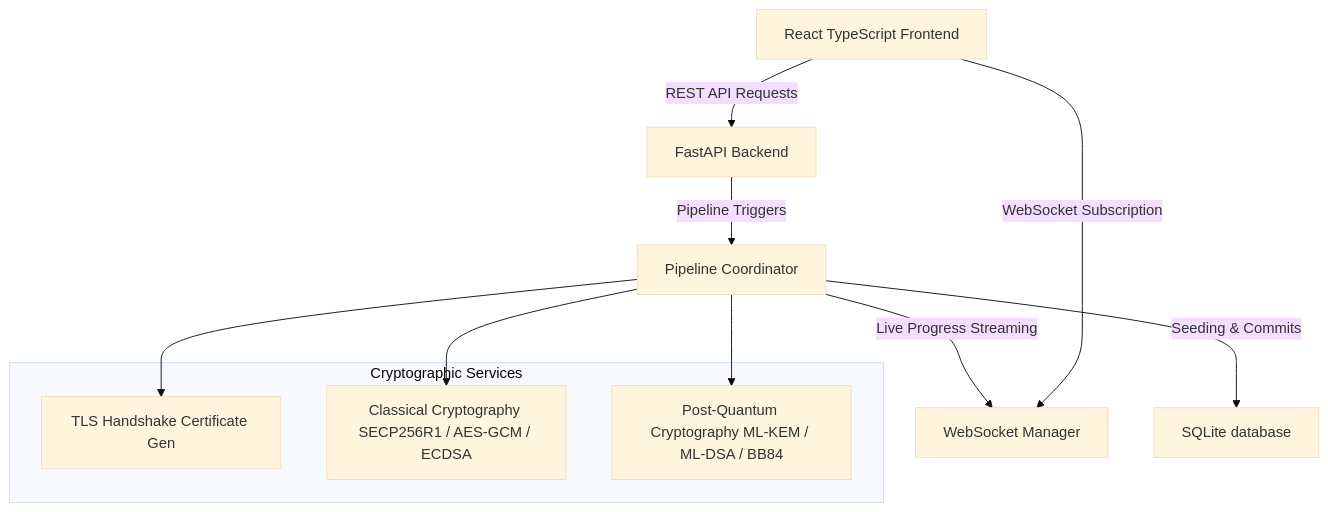
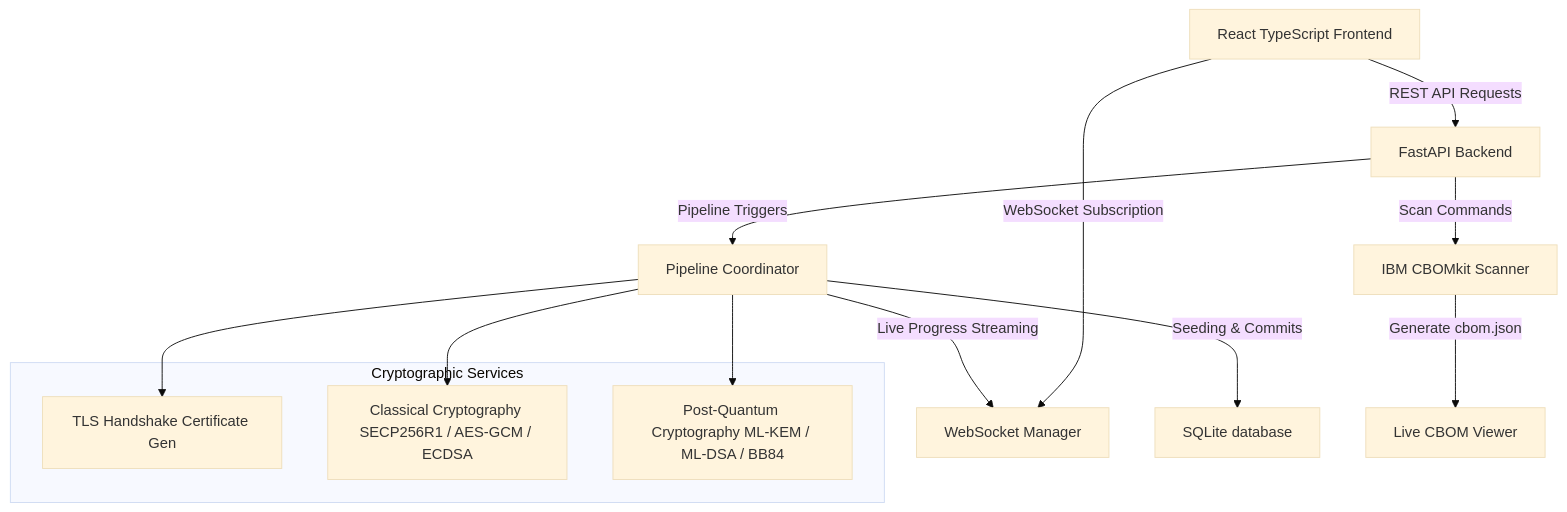
The diagram in README.md (Ananya625/QuantumSheild), drawn with Mermaid (base theme) before and after one commit. The commit also changed other lines of this file, not shown here.

Commit message:
Update README.md with live CBOM scanning, exclusions, and simulator details

````diff
--- a/README.md
+++ b/README.md
@@ -13,18 +13,20 @@
 ```mermaid
 graph TD
     A[React TypeScript Frontend] -->|REST API Requests| B[FastAPI Backend]
     A -->|WebSocket Subscription| C[WebSocket Manager]
     B -->|Pipeline Triggers| D[Pipeline Coordinator]
+    B -->|Scan Commands| H[IBM CBOMkit Scanner]
     D -->|Seeding & Commits| E[SQLite database]
     D -->|Live Progress Streaming| C
+    H -->|Generate cbom.json| F[Live CBOM Viewer]
     
     subgraph Cryptographic Services
-        F[TLS Handshake Certificate Gen]
-        G[Classical Cryptography SECP256R1 / AES-GCM / ECDSA]
-        H[Post-Quantum Cryptography ML-KEM / ML-DSA / BB84]
+        I[TLS Handshake Certificate Gen]
+        J[Classical Cryptography SECP256R1 / AES-GCM / ECDSA]
+        K[Post-Quantum Cryptography ML-KEM / ML-DSA / BB84]
     end
     
-    D --> F
-    D --> G
-    D --> H
+    D --> I
+    D --> J
+    D --> K
 ```
````
